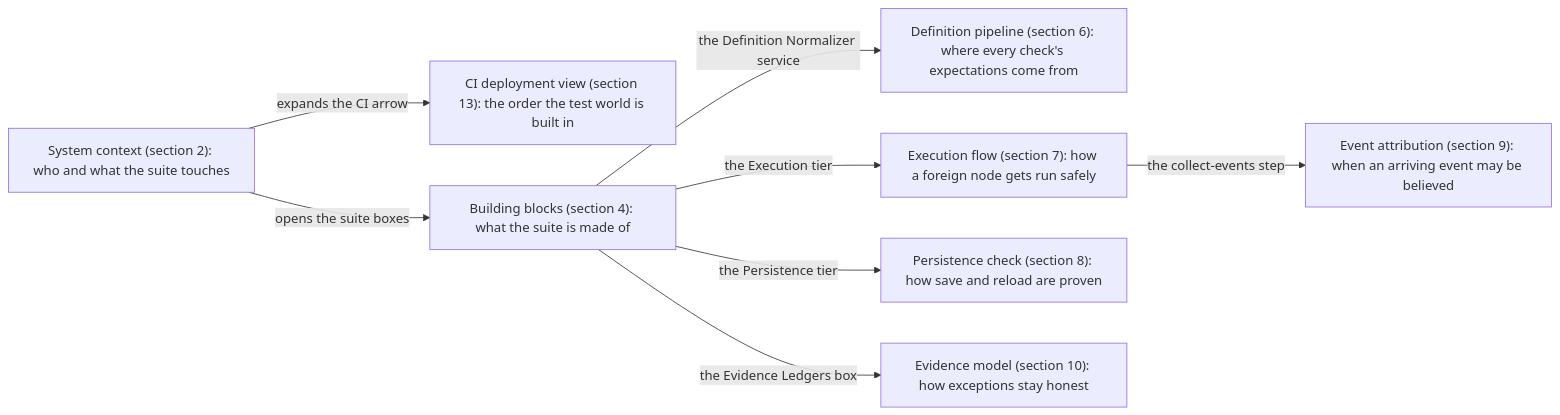
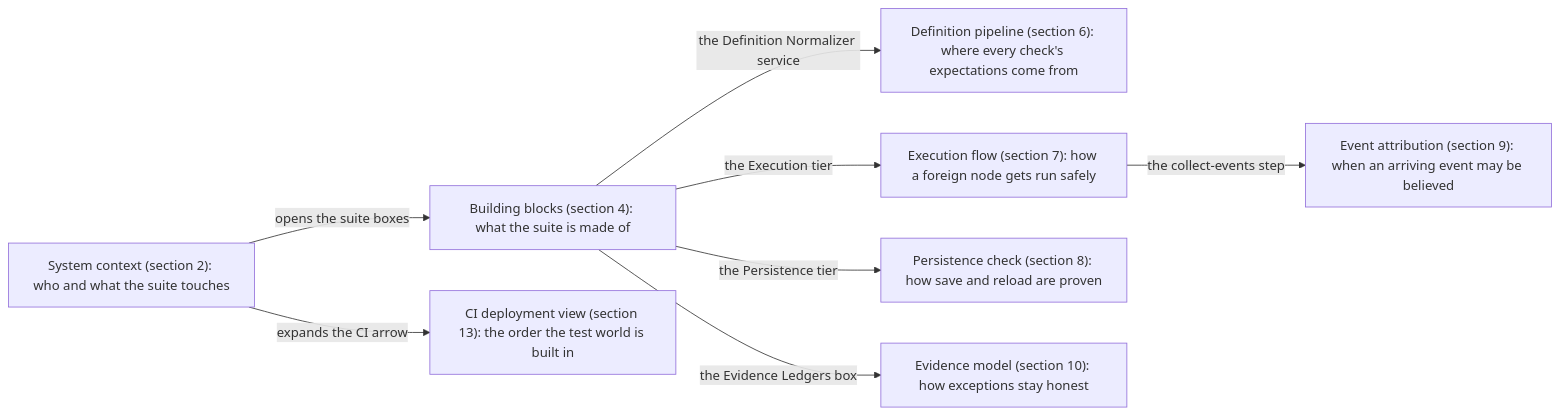
One commit to Comfy-Org/ComfyUI_frontend changed the first of 9 diagrams in browser_tests/tests/customNodes/ARCHITECTURE.md. Above: the diagram before and after it, drawn with Mermaid. The commit also changed other lines of this file, not shown here.

First line of the commit message:
docs(custom-nodes): legend reads in ascending section order per depth; name the map's ordering principle

````diff
--- a/browser_tests/tests/customNodes/ARCHITECTURE.md
+++ b/browser_tests/tests/customNodes/ARCHITECTURE.md
@@ -80,19 +81,19 @@
 ```mermaid
 %%{init: {"flowchart": {"wrappingWidth": 240}}}%%
 flowchart LR
     L1["System context (section 2): who and what the suite touches"]
-    L8["CI deployment view (section 13): the order the test world is built in"]
     L2["Building blocks (section 4): what the suite is made of"]
     L3["Definition pipeline (section 6): where every check's expectations come from"]
     L4["Execution flow (section 7): how a foreign node gets run safely"]
     L5["Persistence check (section 8): how save and reload are proven"]
     L6["Event attribution (section 9): when an arriving event may be believed"]
     L7["Evidence model (section 10): how exceptions stay honest"]
+    L8["CI deployment view (section 13): the order the test world is built in"]
+    L1 -->|"opens the suite boxes"| L2
     L1 -->|"expands the CI arrow"| L8
-    L1 -->|"opens the suite boxes"| L2
     L2 -->|"the Definition Normalizer service"| L3
     L2 -->|"the Execution tier"| L4
     L2 -->|"the Persistence tier"| L5
     L2 -->|"the Evidence Ledgers box"| L7
     L4 -->|"the collect-events step"| L6
 ```
````
